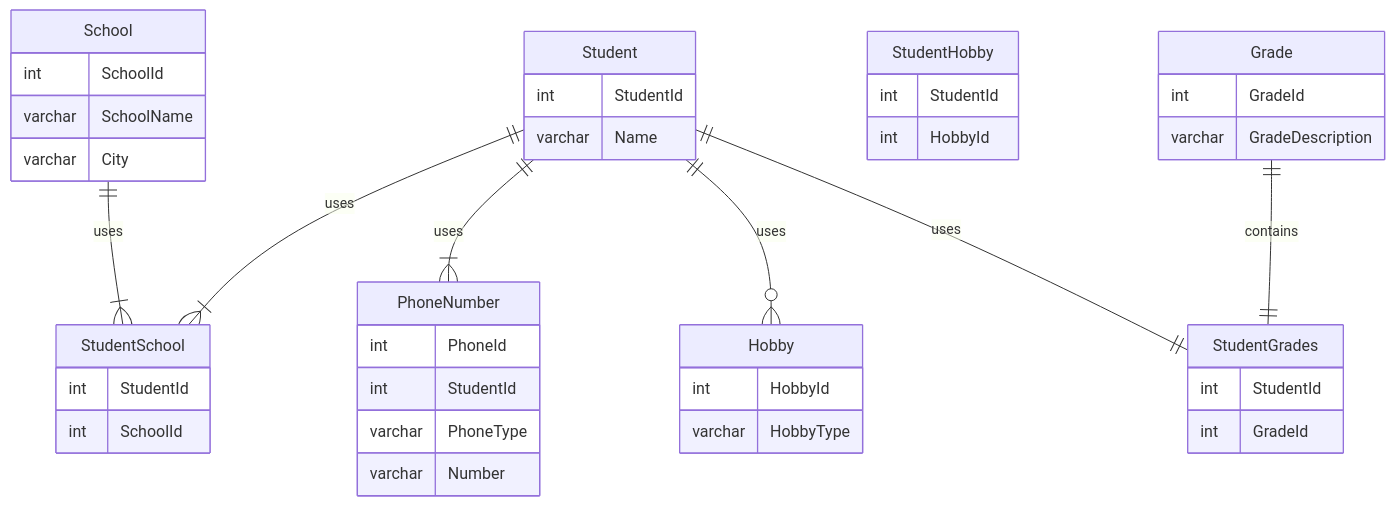
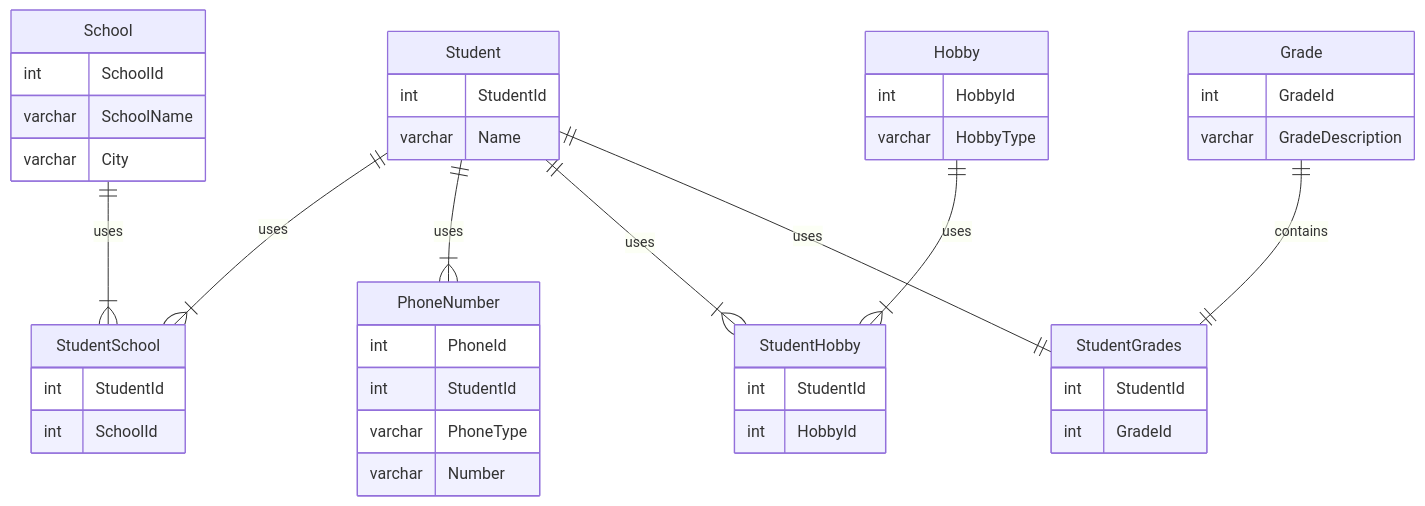
Before and after one commit to HannahDJU22/db2022-Projekt1: the diagram in README.md, drawn with Mermaid.

Commit message:
small change

````diff
--- a/README.md
+++ b/README.md
@@ -6,44 +6,45 @@
 ```mermaid
 erDiagram
 Student {
 int StudentId
 varchar Name
 }
 School {
 int SchoolId
 varchar SchoolName
 varchar City
 }
 StudentSchool{
 int StudentId
 int SchoolId
 }
 PhoneNumber{
 int PhoneId
 int StudentId
 varchar PhoneType
 varchar Number
 }
 Hobby{
 int HobbyId
 varchar HobbyType
 }
 StudentHobby{
 int StudentId
 int HobbyId
 }
 Grade{
 int GradeId
 varchar GradeDescription
 }
 StudentGrades{
 int StudentId
 int GradeId
 }
 Student ||--|{ StudentSchool : uses
 School ||--|{ StudentSchool : uses
 Student ||--|{ PhoneNumber : uses
-Student ||--o{ Hobby : uses
+Student ||--|{ StudentHobby : uses
+Hobby ||--|{ StudentHobby : uses
 Student ||--|| StudentGrades : uses
 Grade ||--|| StudentGrades : contains
 ```
````
